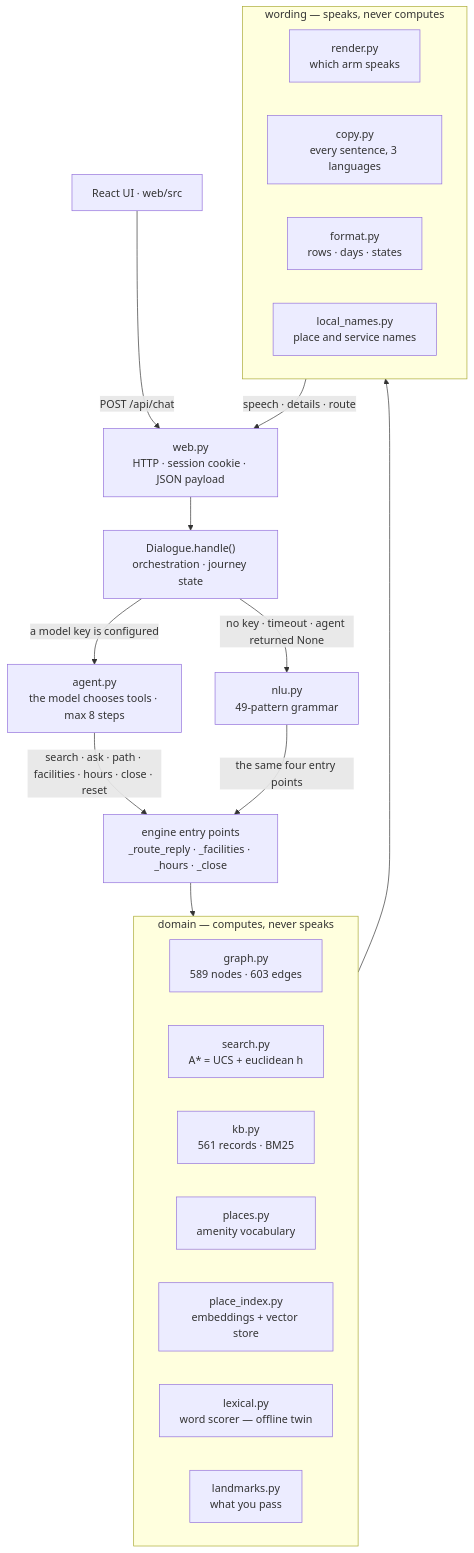
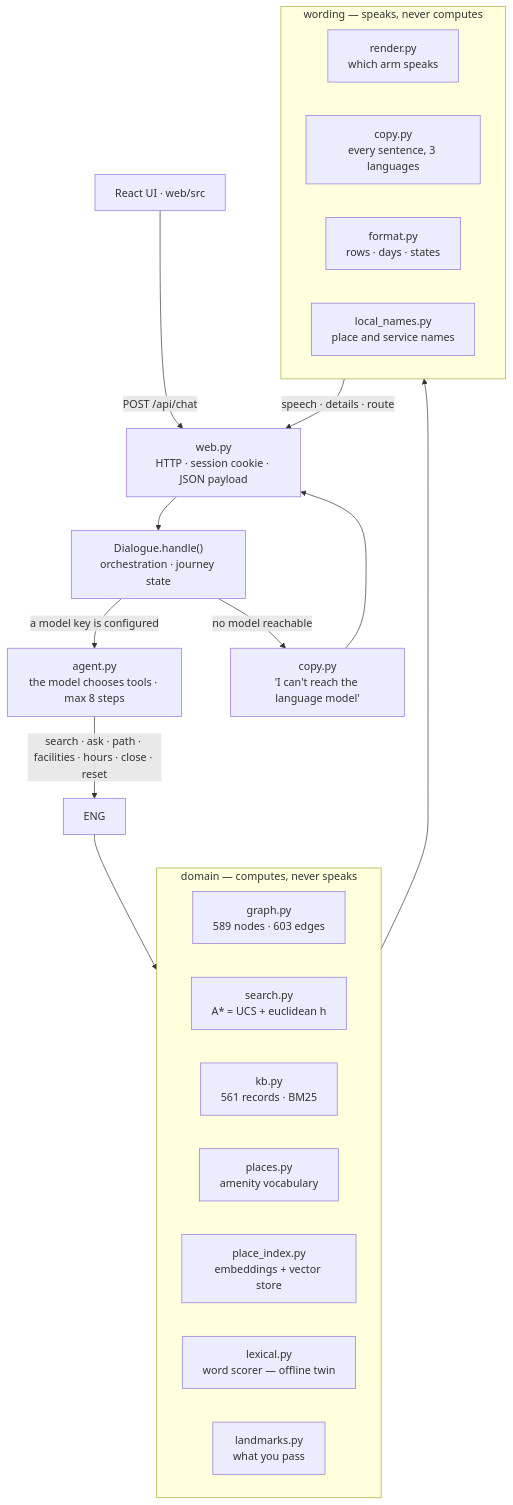
One commit to cy-katryn/CampusNavigator changed the first of 2 diagrams in docs/ARCHITECTURE.md. Above: the diagram before and after it, drawn with Mermaid. The commit also changed other lines of this file and 13 other files, not shown here.

````diff
--- a/docs/ARCHITECTURE.md
+++ b/docs/ARCHITECTURE.md
@@ -6,29 +6,29 @@
 ```mermaid
 flowchart TB
     UI["React UI&nbsp;·&nbsp;web/src"] -->|"POST /api/chat"| WEB["web.py<br/>HTTP · session cookie · JSON payload"]
     WEB --> DLG["Dialogue.handle()<br/>orchestration · journey state"]
     DLG -->|"a model key is configured"| AGENT["agent.py<br/>the model chooses tools · max 8 steps"]
-    DLG -->|"no key · timeout · agent returned None"| GRAM["nlu.py<br/>49-pattern grammar"]
+    DLG -->|"no model reachable"| APOLOGY["copy.py<br/>'I can't reach the language model'"]
     AGENT -->|"search · ask · path · facilities · hours · close · reset"| ENG
-    GRAM -->|"the same four entry points"| ENG["engine entry points<br/>_route_reply · _facilities · _hours · _close"]
+    APOLOGY --> WEB
     ENG --> DOM
     subgraph DOM["domain — computes, never speaks"]
         direction LR
         G["graph.py<br/>589 nodes · 603 edges"]
         S["search.py<br/>A* = UCS + euclidean h"]
         K["kb.py<br/>561 records · BM25"]
         P["places.py<br/>amenity vocabulary"]
         PI["place_index.py<br/>embeddings + vector store"]
         LX["lexical.py<br/>word scorer — offline twin"]
         LM["landmarks.py<br/>what you pass"]
     end
     DOM --> WORD
     subgraph WORD["wording — speaks, never computes"]
         direction LR
         R["render.py<br/>which arm speaks"]
         C["copy.py<br/>every sentence, 3 languages"]
         F["format.py<br/>rows · days · states"]
         N["local_names.py<br/>place and service names"]
     end
     WORD -->|"speech · details · route"| WEB
 ```
````
